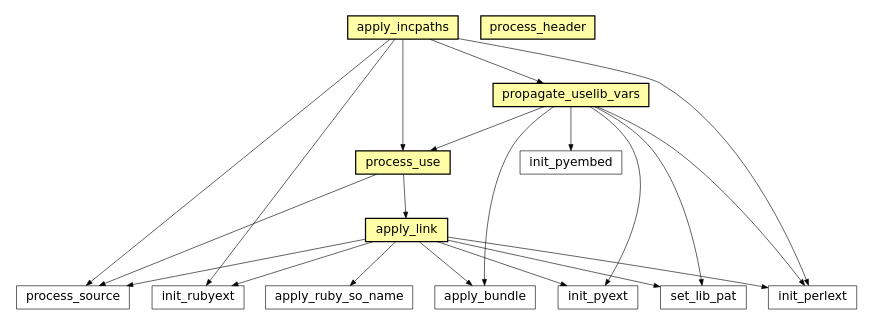
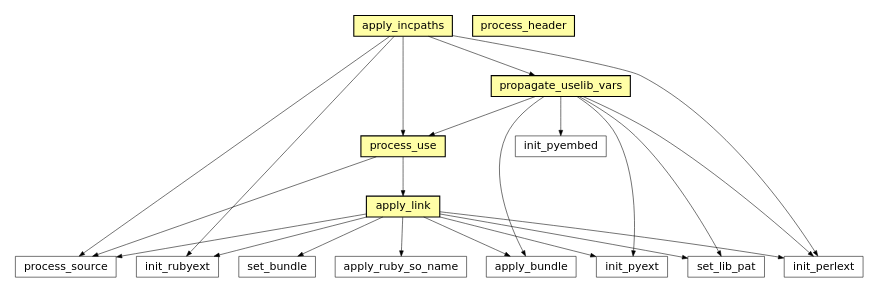
Before and after one commit to electronicvisions/waf: the tenth of 45 diagrams in docs/sphinx/featuremap.rst, drawn with Graphviz. The commit also changed other lines of this file and 3 other files, not shown here.

```diff
--- a/docs/sphinx/featuremap.rst
+++ b/docs/sphinx/featuremap.rst
@@ -280,38 +318,40 @@
 .. graphviz::
 
 	digraph feature_d {
-	size="8.0, 12.0";
-		"process_use" [style="setlinewidth(0.5)",URL="tools/ccroot.html#waflib.Tools.ccroot.process_use",fontname="Vera Sans, DejaVu Sans, Liberation Sans, Arial, Helvetica, sans",height=0.25,shape=box,fontsize=10,fillcolor="#fffea6",style=filled];
-	"process_header" [style="setlinewidth(0.5)",URL="tools/d.html#waflib.Tools.d.process_header",fontname="Vera Sans, DejaVu Sans, Liberation Sans, Arial, Helvetica, sans",height=0.25,shape=box,fontsize=10,fillcolor="#fffea6",style=filled];
-	"apply_ruby_so_name" [style="setlinewidth(0.5)",URL="tools/ruby.html#waflib.Tools.ruby.apply_ruby_so_name",fontname="Vera Sans, DejaVu Sans, Liberation Sans, Arial, Helvetica, sans",height=0.25,shape=box,fontsize=10];
-	"process_source" [style="setlinewidth(0.5)",URL="TaskGen.html#waflib.TaskGen.process_source",fontname="Vera Sans, DejaVu Sans, Liberation Sans, Arial, Helvetica, sans",height=0.25,shape=box,fontsize=10];
-	"apply_incpaths" [style="setlinewidth(0.5)",URL="tools/ccroot.html#waflib.Tools.ccroot.apply_incpaths",fontname="Vera Sans, DejaVu Sans, Liberation Sans, Arial, Helvetica, sans",height=0.25,shape=box,fontsize=10,fillcolor="#fffea6",style=filled];
-	"apply_link" [style="setlinewidth(0.5)",URL="tools/ccroot.html#waflib.Tools.ccroot.apply_link",fontname="Vera Sans, DejaVu Sans, Liberation Sans, Arial, Helvetica, sans",height=0.25,shape=box,fontsize=10,fillcolor="#fffea6",style=filled];
-	"init_pyext" [style="setlinewidth(0.5)",URL="tools/python.html#waflib.Tools.python.init_pyext",fontname="Vera Sans, DejaVu Sans, Liberation Sans, Arial, Helvetica, sans",height=0.25,shape=box,fontsize=10];
-	"init_rubyext" [style="setlinewidth(0.5)",URL="tools/ruby.html#waflib.Tools.ruby.init_rubyext",fontname="Vera Sans, DejaVu Sans, Liberation Sans, Arial, Helvetica, sans",height=0.25,shape=box,fontsize=10];
-	"init_perlext" [style="setlinewidth(0.5)",URL="tools/perl.html#waflib.Tools.perl.init_perlext",fontname="Vera Sans, DejaVu Sans, Liberation Sans, Arial, Helvetica, sans",height=0.25,shape=box,fontsize=10];
-	"set_lib_pat" [style="setlinewidth(0.5)",URL="tools/fc_config.html#waflib.Tools.fc_config.set_lib_pat",fontname="Vera Sans, DejaVu Sans, Liberation Sans, Arial, Helvetica, sans",height=0.25,shape=box,fontsize=10];
-	"propagate_uselib_vars" [style="setlinewidth(0.5)",URL="tools/ccroot.html#waflib.Tools.ccroot.propagate_uselib_vars",fontname="Vera Sans, DejaVu Sans, Liberation Sans, Arial, Helvetica, sans",height=0.25,shape=box,fontsize=10,fillcolor="#fffea6",style=filled];
-	"init_pyembed" [style="setlinewidth(0.5)",URL="tools/python.html#waflib.Tools.python.init_pyembed",fontname="Vera Sans, DejaVu Sans, Liberation Sans, Arial, Helvetica, sans",height=0.25,shape=box,fontsize=10];
-	"apply_bundle" [style="setlinewidth(0.5)",URL="tools/c_osx.html#waflib.Tools.c_osx.apply_bundle",fontname="Vera Sans, DejaVu Sans, Liberation Sans, Arial, Helvetica, sans",height=0.25,shape=box,fontsize=10];
-	"process_use" -> "apply_link" [arrowsize=0.5,style="setlinewidth(0.5)"];
-	"process_use" -> "process_source" [arrowsize=0.5,style="setlinewidth(0.5)"];
-	"apply_incpaths" -> "propagate_uselib_vars" [arrowsize=0.5,style="setlinewidth(0.5)"];
-	"apply_incpaths" -> "process_source" [arrowsize=0.5,style="setlinewidth(0.5)"];
-	"apply_incpaths" -> "process_use" [arrowsize=0.5,style="setlinewidth(0.5)"];
-	"apply_incpaths" -> "init_rubyext" [arrowsize=0.5,style="setlinewidth(0.5)"];
-	"apply_incpaths" -> "init_perlext" [arrowsize=0.5,style="setlinewidth(0.5)"];
-	"propagate_uselib_vars" -> "apply_bundle" [arrowsize=0.5,style="setlinewidth(0.5)"];
-	"propagate_uselib_vars" -> "process_use" [arrowsize=0.5,style="setlinewidth(0.5)"];
-	"propagate_uselib_vars" -> "set_lib_pat" [arrowsize=0.5,style="setlinewidth(0.5)"];
-	"propagate_uselib_vars" -> "init_pyext" [arrowsize=0.5,style="setlinewidth(0.5)"];
-	"propagate_uselib_vars" -> "init_pyembed" [arrowsize=0.5,style="setlinewidth(0.5)"];
-	"propagate_uselib_vars" -> "init_perlext" [arrowsize=0.5,style="setlinewidth(0.5)"];
-	"apply_link" -> "apply_bundle" [arrowsize=0.5,style="setlinewidth(0.5)"];
-	"apply_link" -> "process_source" [arrowsize=0.5,style="setlinewidth(0.5)"];
-	"apply_link" -> "set_lib_pat" [arrowsize=0.5,style="setlinewidth(0.5)"];
-	"apply_link" -> "init_rubyext" [arrowsize=0.5,style="setlinewidth(0.5)"];
-	"apply_link" -> "apply_ruby_so_name" [arrowsize=0.5,style="setlinewidth(0.5)"];
-	"apply_link" -> "init_pyext" [arrowsize=0.5,style="setlinewidth(0.5)"];
-	"apply_link" -> "init_perlext" [arrowsize=0.5,style="setlinewidth(0.5)"];
+		size="8.0, 12.0";
+		process_use [style="setlinewidth(0.5)",URL="tools/ccroot.html#waflib.Tools.ccroot.process_use",target="_top",fontname="Vera Sans, DejaVu Sans, Liberation Sans, Arial, Helvetica, sans",height=0.25,shape="rectangle",fontsize=10,fillcolor="#fffea6",style=filled];
+		process_header [style="setlinewidth(0.5)",URL="tools/d.html#waflib.Tools.d.process_header",target="_top",fontname="Vera Sans, DejaVu Sans, Liberation Sans, Arial, Helvetica, sans",height=0.25,shape="rectangle",fontsize=10,fillcolor="#fffea6",style=filled];
+		apply_ruby_so_name [style="setlinewidth(0.5)",URL="tools/ruby.html#waflib.Tools.ruby.apply_ruby_so_name",target="_top",fontname="Vera Sans, DejaVu Sans, Liberation Sans, Arial, Helvetica, sans",height=0.25,shape="rectangle",fontsize=10];
+		process_source [style="setlinewidth(0.5)",URL="TaskGen.html#waflib.TaskGen.process_source",target="_top",fontname="Vera Sans, DejaVu Sans, Liberation Sans, Arial, Helvetica, sans",height=0.25,shape="rectangle",fontsize=10];
+		apply_incpaths [style="setlinewidth(0.5)",URL="tools/ccroot.html#waflib.Tools.ccroot.apply_incpaths",target="_top",fontname="Vera Sans, DejaVu Sans, Liberation Sans, Arial, Helvetica, sans",height=0.25,shape="rectangle",fontsize=10,fillcolor="#fffea6",style=filled];
+		apply_link [style="setlinewidth(0.5)",URL="tools/ccroot.html#waflib.Tools.ccroot.apply_link",target="_top",fontname="Vera Sans, DejaVu Sans, Liberation Sans, Arial, Helvetica, sans",height=0.25,shape="rectangle",fontsize=10,fillcolor="#fffea6",style=filled];
+		init_pyext [style="setlinewidth(0.5)",URL="tools/python.html#waflib.Tools.python.init_pyext",target="_top",fontname="Vera Sans, DejaVu Sans, Liberation Sans, Arial, Helvetica, sans",height=0.25,shape="rectangle",fontsize=10];
+		init_rubyext [style="setlinewidth(0.5)",URL="tools/ruby.html#waflib.Tools.ruby.init_rubyext",target="_top",fontname="Vera Sans, DejaVu Sans, Liberation Sans, Arial, Helvetica, sans",height=0.25,shape="rectangle",fontsize=10];
+		init_perlext [style="setlinewidth(0.5)",URL="tools/perl.html#waflib.Tools.perl.init_perlext",target="_top",fontname="Vera Sans, DejaVu Sans, Liberation Sans, Arial, Helvetica, sans",height=0.25,shape="rectangle",fontsize=10];
+		set_bundle [style="setlinewidth(0.5)",URL="tools/python.html#waflib.Tools.python.set_bundle",target="_top",fontname="Vera Sans, DejaVu Sans, Liberation Sans, Arial, Helvetica, sans",height=0.25,shape="rectangle",fontsize=10];
+		set_lib_pat [style="setlinewidth(0.5)",URL="tools/fc_config.html#waflib.Tools.fc_config.set_lib_pat",target="_top",fontname="Vera Sans, DejaVu Sans, Liberation Sans, Arial, Helvetica, sans",height=0.25,shape="rectangle",fontsize=10];
+		propagate_uselib_vars [style="setlinewidth(0.5)",URL="tools/ccroot.html#waflib.Tools.ccroot.propagate_uselib_vars",target="_top",fontname="Vera Sans, DejaVu Sans, Liberation Sans, Arial, Helvetica, sans",height=0.25,shape="rectangle",fontsize=10,fillcolor="#fffea6",style=filled];
+		init_pyembed [style="setlinewidth(0.5)",URL="tools/python.html#waflib.Tools.python.init_pyembed",target="_top",fontname="Vera Sans, DejaVu Sans, Liberation Sans, Arial, Helvetica, sans",height=0.25,shape="rectangle",fontsize=10];
+		apply_bundle [style="setlinewidth(0.5)",URL="tools/c_osx.html#waflib.Tools.c_osx.apply_bundle",target="_top",fontname="Vera Sans, DejaVu Sans, Liberation Sans, Arial, Helvetica, sans",height=0.25,shape="rectangle",fontsize=10];
+		"process_use" -> "apply_link" [arrowsize=0.5,style="setlinewidth(0.5)"];
+		"process_use" -> "process_source" [arrowsize=0.5,style="setlinewidth(0.5)"];
+		"apply_incpaths" -> "propagate_uselib_vars" [arrowsize=0.5,style="setlinewidth(0.5)"];
+		"apply_incpaths" -> "process_source" [arrowsize=0.5,style="setlinewidth(0.5)"];
+		"apply_incpaths" -> "process_use" [arrowsize=0.5,style="setlinewidth(0.5)"];
+		"apply_incpaths" -> "init_rubyext" [arrowsize=0.5,style="setlinewidth(0.5)"];
+		"apply_incpaths" -> "init_perlext" [arrowsize=0.5,style="setlinewidth(0.5)"];
+		"propagate_uselib_vars" -> "apply_bundle" [arrowsize=0.5,style="setlinewidth(0.5)"];
+		"propagate_uselib_vars" -> "process_use" [arrowsize=0.5,style="setlinewidth(0.5)"];
+		"propagate_uselib_vars" -> "set_lib_pat" [arrowsize=0.5,style="setlinewidth(0.5)"];
+		"propagate_uselib_vars" -> "init_perlext" [arrowsize=0.5,style="setlinewidth(0.5)"];
+		"propagate_uselib_vars" -> "init_pyext" [arrowsize=0.5,style="setlinewidth(0.5)"];
+		"propagate_uselib_vars" -> "init_pyembed" [arrowsize=0.5,style="setlinewidth(0.5)"];
+		"apply_link" -> "apply_bundle" [arrowsize=0.5,style="setlinewidth(0.5)"];
+		"apply_link" -> "process_source" [arrowsize=0.5,style="setlinewidth(0.5)"];
+		"apply_link" -> "set_lib_pat" [arrowsize=0.5,style="setlinewidth(0.5)"];
+		"apply_link" -> "init_rubyext" [arrowsize=0.5,style="setlinewidth(0.5)"];
+		"apply_link" -> "apply_ruby_so_name" [arrowsize=0.5,style="setlinewidth(0.5)"];
+		"apply_link" -> "init_perlext" [arrowsize=0.5,style="setlinewidth(0.5)"];
+		"apply_link" -> "init_pyext" [arrowsize=0.5,style="setlinewidth(0.5)"];
+		"apply_link" -> "set_bundle" [arrowsize=0.5,style="setlinewidth(0.5)"];
 	}
```
